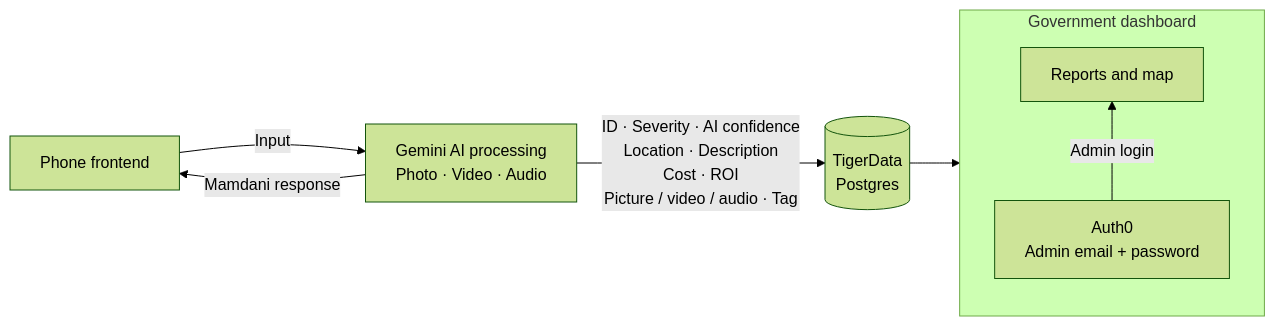
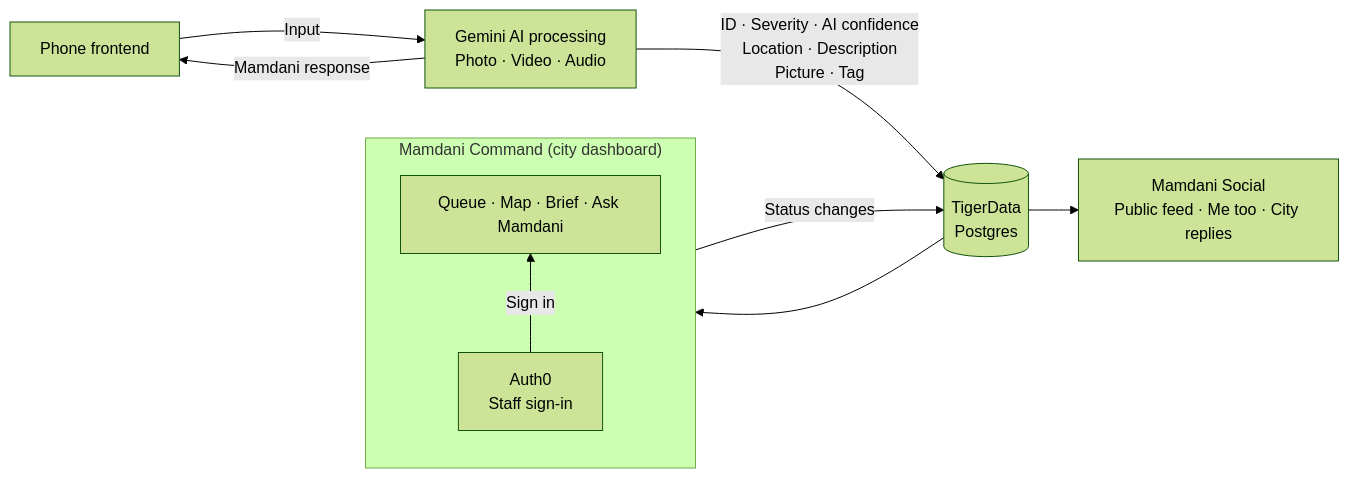
One commit to omaribrahim6/mamdani changed the diagram in README.md. Above: the diagram before and after it, drawn with Mermaid (forest theme). The commit also changed other lines of this file, not shown here.

Commit message:
docs: README adds Mamdani Social, the public side of the loop

````diff
--- a/README.md
+++ b/README.md
@@ -43,16 +61,20 @@
 ```mermaid
 flowchart LR
     Phone["Phone frontend"]
     AI["Gemini AI processing<br/>Photo · Video · Audio"]
     DB[("TigerData<br/>Postgres")]
 
-    subgraph Government["Government dashboard"]
+    Social["Mamdani Social<br/>Public feed · Me too · City replies"]
+
+    subgraph Government["Mamdani Command (city dashboard)"]
         direction BT
-        Auth["Auth0<br/>Admin email + password"] -->|Admin login| Dashboard["Reports and map"]
+        Auth["Auth0<br/>Staff sign-in"] -->|Sign in| Dashboard["Queue · Map · Brief · Ask Mamdani"]
     end
 
     Phone -->|Input| AI
     AI -->|Mamdani response| Phone
-    AI -->|"ID · Severity · AI confidence<br/>Location · Description<br/>Cost · ROI<br/>Picture / video / audio · Tag"| DB
+    AI -->|"ID · Severity · AI confidence<br/>Location · Description<br/>Picture · Tag"| DB
     DB --> Government
+    DB --> Social
+    Government -->|Status changes| DB
 ```
````
